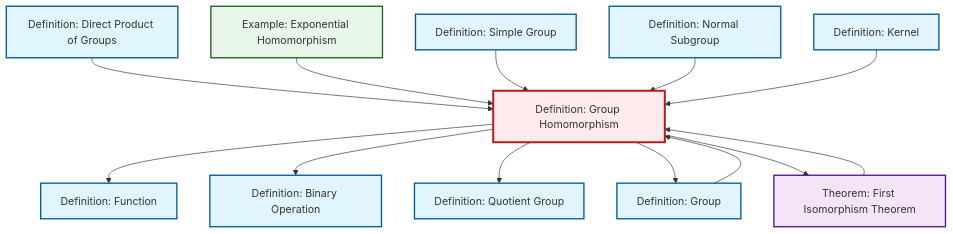
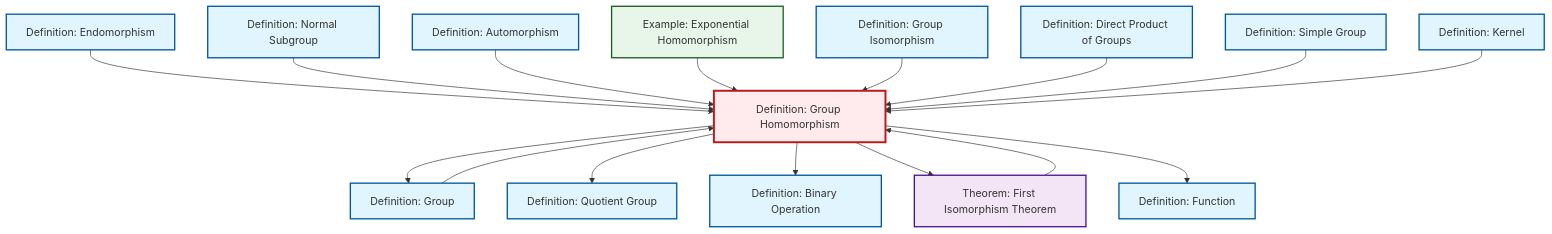
Before and after one commit to RK0429/ModernMath: the diagram in output/mermaid/def-homomorphism.mermaid, drawn with Mermaid. The commit also changed 581 other files, not shown here.

```diff
--- a/output/mermaid/def-homomorphism.mermaid
+++ b/output/mermaid/def-homomorphism.mermaid
@@ -1,31 +1,37 @@
 %%| fig-cap: "Local dependency graph"
 graph TD
     classDef definition fill:#e1f5fe,stroke:#01579b,stroke-width:2px
     classDef theorem fill:#f3e5f5,stroke:#4a148c,stroke-width:2px
     classDef axiom fill:#fff3e0,stroke:#e65100,stroke-width:2px
     classDef example fill:#e8f5e9,stroke:#1b5e20,stroke-width:2px
     classDef current fill:#ffebee,stroke:#b71c1c,stroke-width:3px
-    def-quotient-group["Definition: Quotient Group"]:::definition
-    ex-exponential-homomorphism["Example: Exponential Homomorphism"]:::example
-    def-direct-product["Definition: Direct Product of Groups"]:::definition
-    def-kernel["Definition: Kernel"]:::definition
     def-simple-group["Definition: Simple Group"]:::definition
-    def-group["Definition: Group"]:::definition
     def-binary-operation["Definition: Binary Operation"]:::definition
     def-function["Definition: Function"]:::definition
+    ex-exponential-homomorphism["Example: Exponential Homomorphism"]:::example
+    def-normal-subgroup["Definition: Normal Subgroup"]:::definition
+    def-quotient-group["Definition: Quotient Group"]:::definition
+    def-isomorphism["Definition: Group Isomorphism"]:::definition
+    def-kernel["Definition: Kernel"]:::definition
+    def-endomorphism["Definition: Endomorphism"]:::definition
+    def-group["Definition: Group"]:::definition
+    def-automorphism["Definition: Automorphism"]:::definition
     def-homomorphism["Definition: Group Homomorphism"]:::definition
-    def-normal-subgroup["Definition: Normal Subgroup"]:::definition
     thm-first-isomorphism["Theorem: First Isomorphism Theorem"]:::theorem
+    def-direct-product["Definition: Direct Product of Groups"]:::definition
+    def-endomorphism --> def-homomorphism
+    def-normal-subgroup --> def-homomorphism
+    def-automorphism --> def-homomorphism
+    def-homomorphism --> def-group
+    ex-exponential-homomorphism --> def-homomorphism
+    def-isomorphism --> def-homomorphism
+    def-direct-product --> def-homomorphism
+    thm-first-isomorphism --> def-homomorphism
     def-group --> def-homomorphism
-    def-direct-product --> def-homomorphism
+    def-homomorphism --> def-quotient-group
+    def-homomorphism --> def-binary-operation
+    def-homomorphism --> thm-first-isomorphism
     def-homomorphism --> def-function
-    ex-exponential-homomorphism --> def-homomorphism
-    thm-first-isomorphism --> def-homomorphism
     def-simple-group --> def-homomorphism
-    def-homomorphism --> def-binary-operation
-    def-homomorphism --> def-quotient-group
-    def-normal-subgroup --> def-homomorphism
-    def-homomorphism --> def-group
     def-kernel --> def-homomorphism
-    def-homomorphism --> thm-first-isomorphism
     class def-homomorphism current
```
